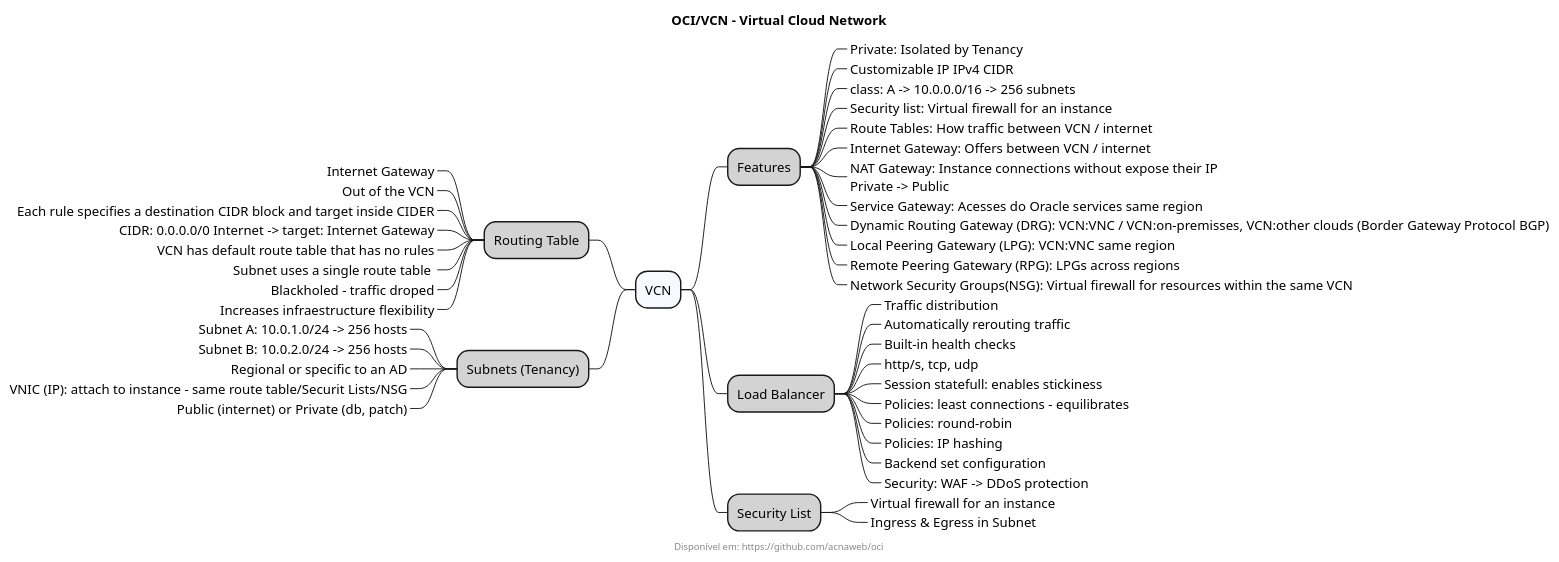
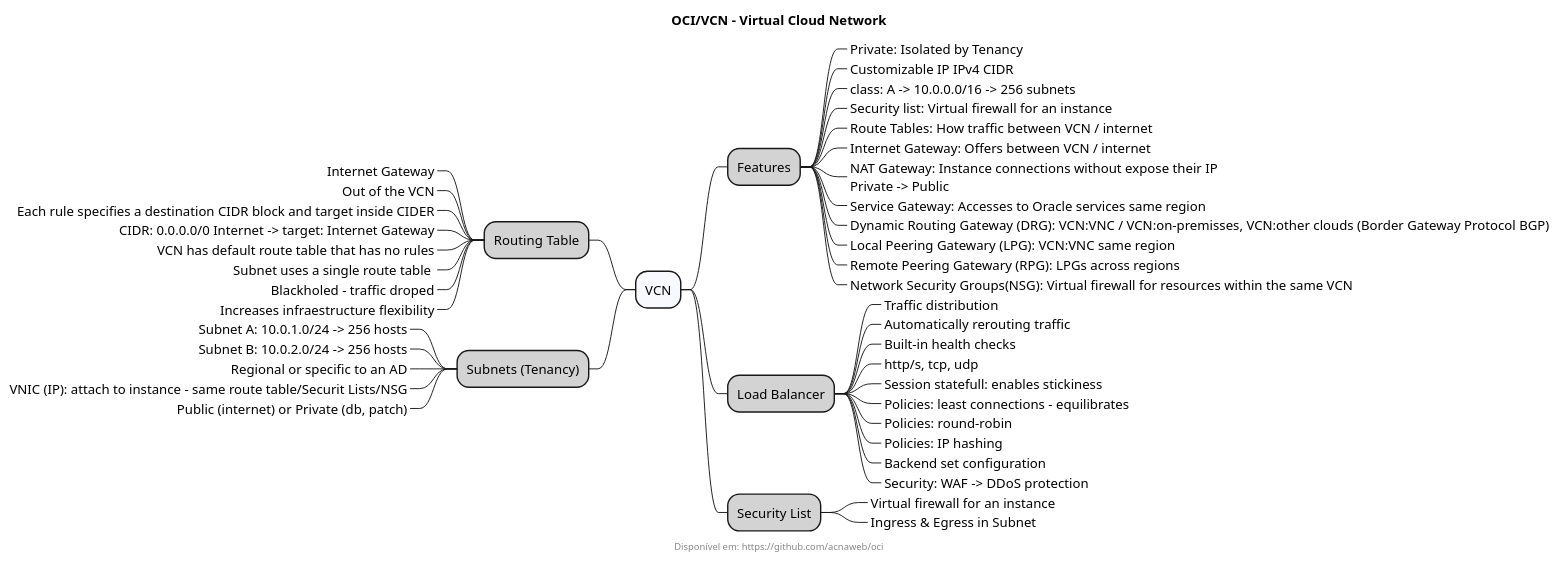
Before and after one commit to acnaweb/oci: the diagram in docs/networking/vcn.wsd, drawn with PlantUML. The commit also changed 1 other file, not shown here.

```diff
--- a/docs/networking/vcn.wsd
+++ b/docs/networking/vcn.wsd
@@ -1,58 +1,58 @@
 @startmindmap
 
 title "OCI/VCN - Virtual Cloud Network"
 footer Disponível em: https://github.com/acnaweb/oci
 
 *[#F8F8FF]  VCN
 
 **[#LightGray] Features
 
 ***_ Private: Isolated by Tenancy
 ***_ Customizable IP IPv4 CIDR
 ***_ class: A -> 10.0.0.0/16 -> 256 subnets
 ***_ Security list: Virtual firewall for an instance
 ***_ Route Tables: How traffic between VCN / internet
 ***_ Internet Gateway: Offers between VCN / internet
 ***_ NAT Gateway: Instance connections without expose their IP\nPrivate -> Public
-***_ Service Gateway: Acesses do Oracle services same region
+***_ Service Gateway: Accesses to Oracle services same region
 ***_ Dynamic Routing Gateway (DRG): VCN:VNC / VCN:on-premisses, VCN:other clouds (Border Gateway Protocol BGP)
 ***_ Local Peering Gatewary (LPG): VCN:VNC same region
 ***_ Remote Peering Gatewary (RPG): LPGs across regions
 ***_ Network Security Groups(NSG): Virtual firewall for resources within the same VCN
 
 **[#LightGray] Load Balancer
 ***_ Traffic distribution
 ***_ Automatically rerouting traffic 
 ***_ Built-in health checks
 ***_ http/s, tcp, udp
 ***_ Session statefull: enables stickiness
 ***_ Policies: least connections - equilibrates
 ***_ Policies: round-robin
 ***_ Policies: IP hashing
 ***_ Backend set configuration
 ***_ Security: WAF -> DDoS protection
 
 **[#LightGray] Security List
 ***_ Virtual firewall for an instance
 ***_ Ingress & Egress in Subnet
 
 left side
 
 **[#LightGray] Routing Table
 ***_ Internet Gateway
 ***_ Out of the VCN
 ***_ Each rule specifies a destination CIDR block and target inside CIDER
 ***_ CIDR: 0.0.0.0/0 Internet -> target: Internet Gateway
 ***_ VCN has default route table that has no rules
 ***_ Subnet uses a single route table 
 ***_ Blackholed - traffic droped
 ***_ Increases infraestructure flexibility
 
 **[#LightGray] Subnets (Tenancy)
 ***_ Subnet A: 10.0.1.0/24 -> 256 hosts
 ***_ Subnet B: 10.0.2.0/24 -> 256 hosts
 ***_ Regional or specific to an AD
 ***_ VNIC (IP): attach to instance - same route table/Securit Lists/NSG
 ***_ Public (internet) or Private (db, patch)
 
 @endmindmap
```
